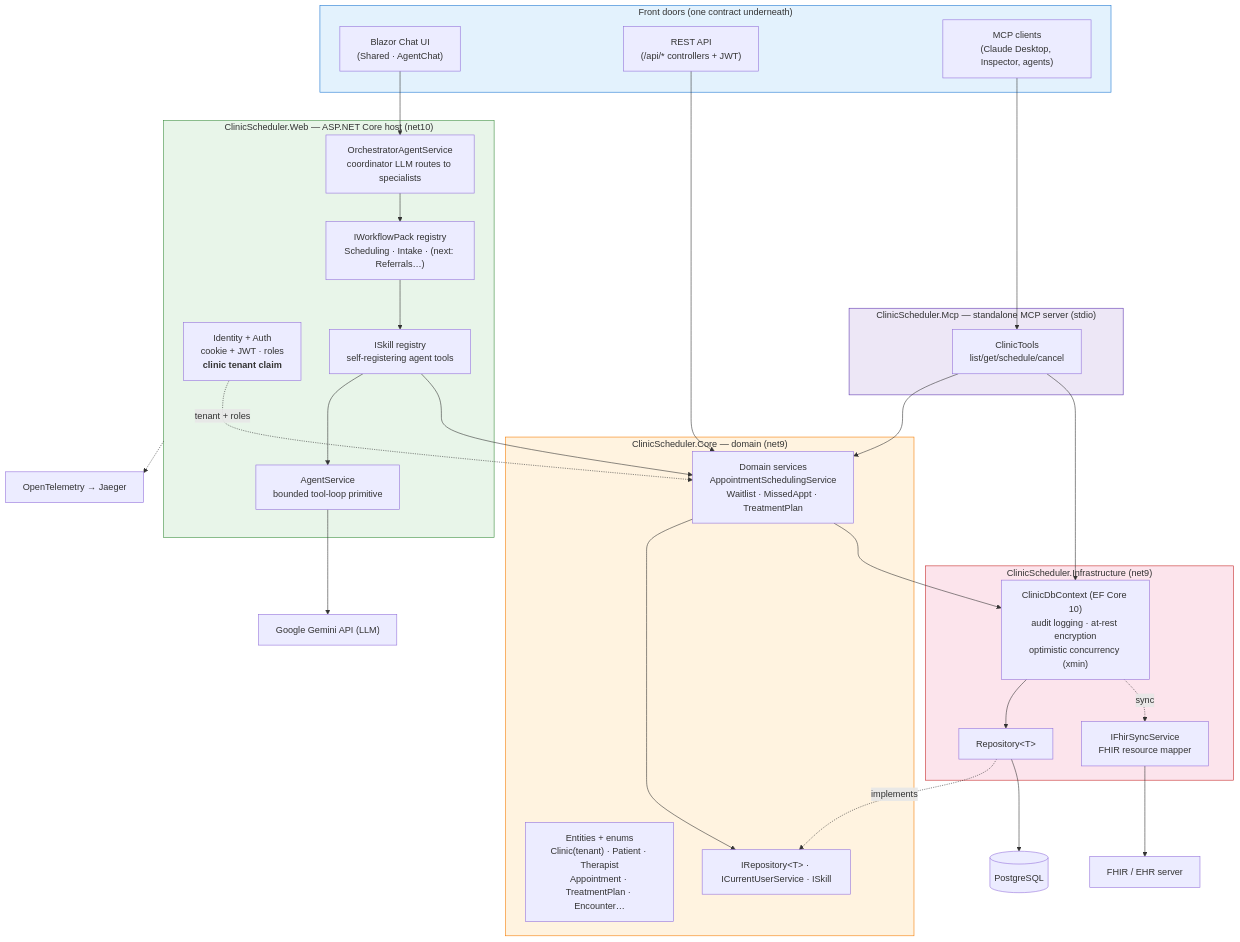
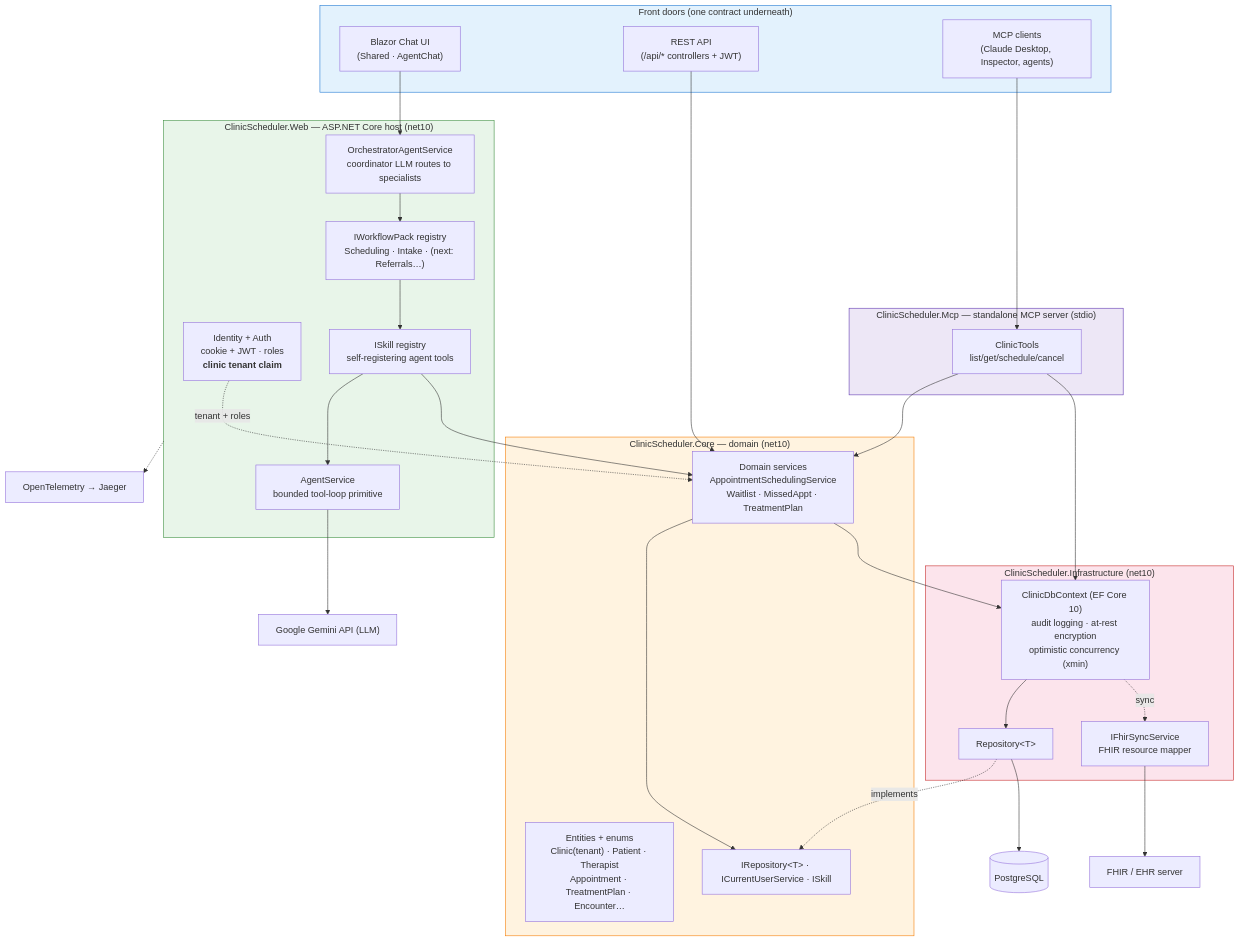
The first of 2 diagrams in docs/system-architecture.md (Bradly187/clinic-scheduler), drawn with Mermaid before and after one commit. The commit also changed other lines of this file and 1 other file, not shown here.

Commit message:
docs: correct Core/Infrastructure target framework to net10
Both target net10.0, not net9.0 (the new architecture docs had it wrong).

````diff
--- a/docs/system-architecture.md
+++ b/docs/system-architecture.md
@@ -18,59 +18,59 @@
 ```mermaid
 graph TB
     subgraph Channels ["Front doors (one contract underneath)"]
         Chat["Blazor Chat UI<br/>(Shared · AgentChat)"]
         API["REST API<br/>(/api/* controllers + JWT)"]
         MCPc["MCP clients<br/>(Claude Desktop, Inspector, agents)"]
     end
 
     subgraph Web ["ClinicScheduler.Web — ASP.NET Core host (net10)"]
         Identity["Identity + Auth<br/>cookie + JWT · roles<br/><b>clinic tenant claim</b>"]
         Orch["OrchestratorAgentService<br/>coordinator LLM routes to specialists"]
         Packs["IWorkflowPack registry<br/>Scheduling · Intake · (next: Referrals…)"]
         Skills["ISkill registry<br/>self-registering agent tools"]
         Agent["AgentService<br/>bounded tool-loop primitive"]
     end
 
     subgraph McpSrv ["ClinicScheduler.Mcp — standalone MCP server (stdio)"]
         Tools["ClinicTools<br/>list/get/schedule/cancel"]
     end
 
-    subgraph Core ["ClinicScheduler.Core — domain (net9)"]
+    subgraph Core ["ClinicScheduler.Core — domain (net10)"]
         Entities["Entities + enums<br/>Clinic(tenant) · Patient · Therapist<br/>Appointment · TreatmentPlan · Encounter…"]
         DomainSvc["Domain services<br/>AppointmentSchedulingService<br/>Waitlist · MissedAppt · TreatmentPlan"]
         Iface["IRepository&lt;T&gt; · ICurrentUserService · ISkill"]
     end
 
-    subgraph Infra ["ClinicScheduler.Infrastructure (net9)"]
+    subgraph Infra ["ClinicScheduler.Infrastructure (net10)"]
         Db["ClinicDbContext (EF Core 10)<br/>audit logging · at-rest encryption<br/>optimistic concurrency (xmin)"]
         Repo["Repository&lt;T&gt;"]
         Fhir["IFhirSyncService<br/>FHIR resource mapper"]
     end
 
     PG[("PostgreSQL")]
     Gemini["Google Gemini API (LLM)"]
     EHR["FHIR / EHR server"]
     Otel["OpenTelemetry → Jaeger"]
 
     Chat --> Orch
     API --> DomainSvc
     MCPc --> Tools
     Orch --> Packs --> Skills --> Agent --> Gemini
     Skills --> DomainSvc
     Tools --> DomainSvc
     Identity -. tenant + roles .-> DomainSvc
     DomainSvc --> Iface
     Repo -.implements.-> Iface
     DomainSvc --> Db
     Tools --> Db
     Db --> Repo --> PG
     Fhir --> EHR
     Db -.sync.-> Fhir
     Web -.-> Otel
 
     style Channels fill:#e3f2fd,stroke:#1976d2
     style Web fill:#e8f5e9,stroke:#388e3c
     style McpSrv fill:#ede7f6,stroke:#5e35b1
     style Core fill:#fff3e0,stroke:#f57c00
     style Infra fill:#fce4ec,stroke:#c62828
 ```
````
